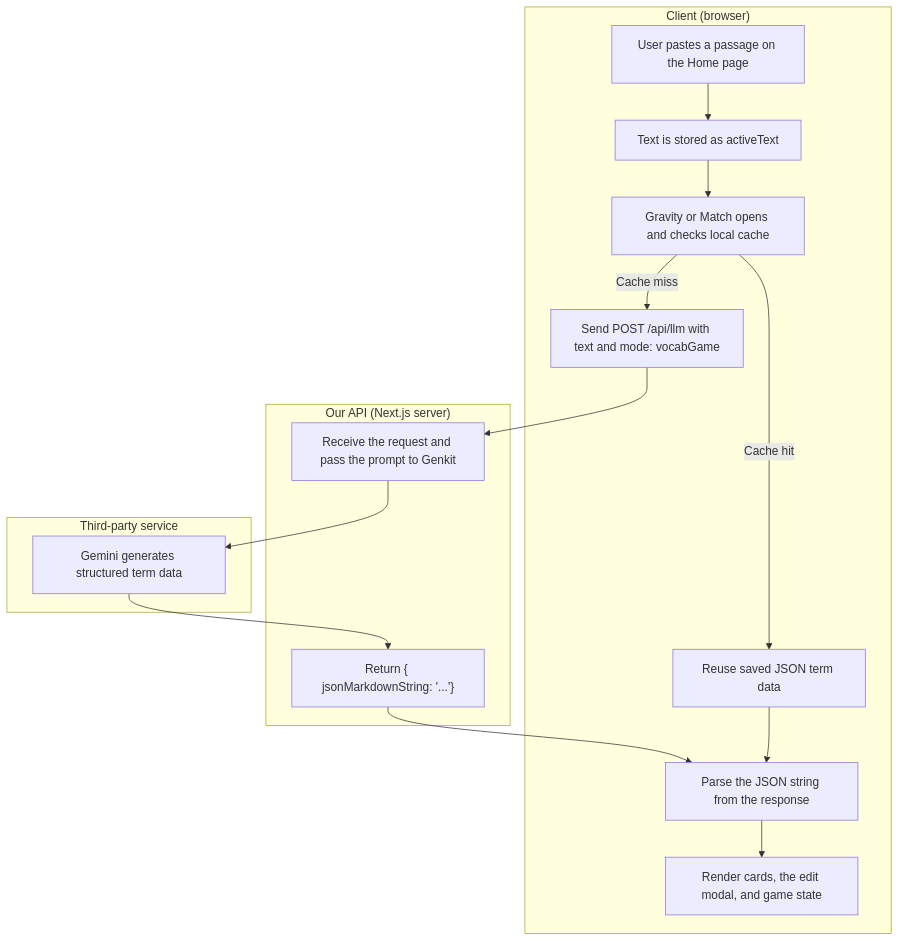
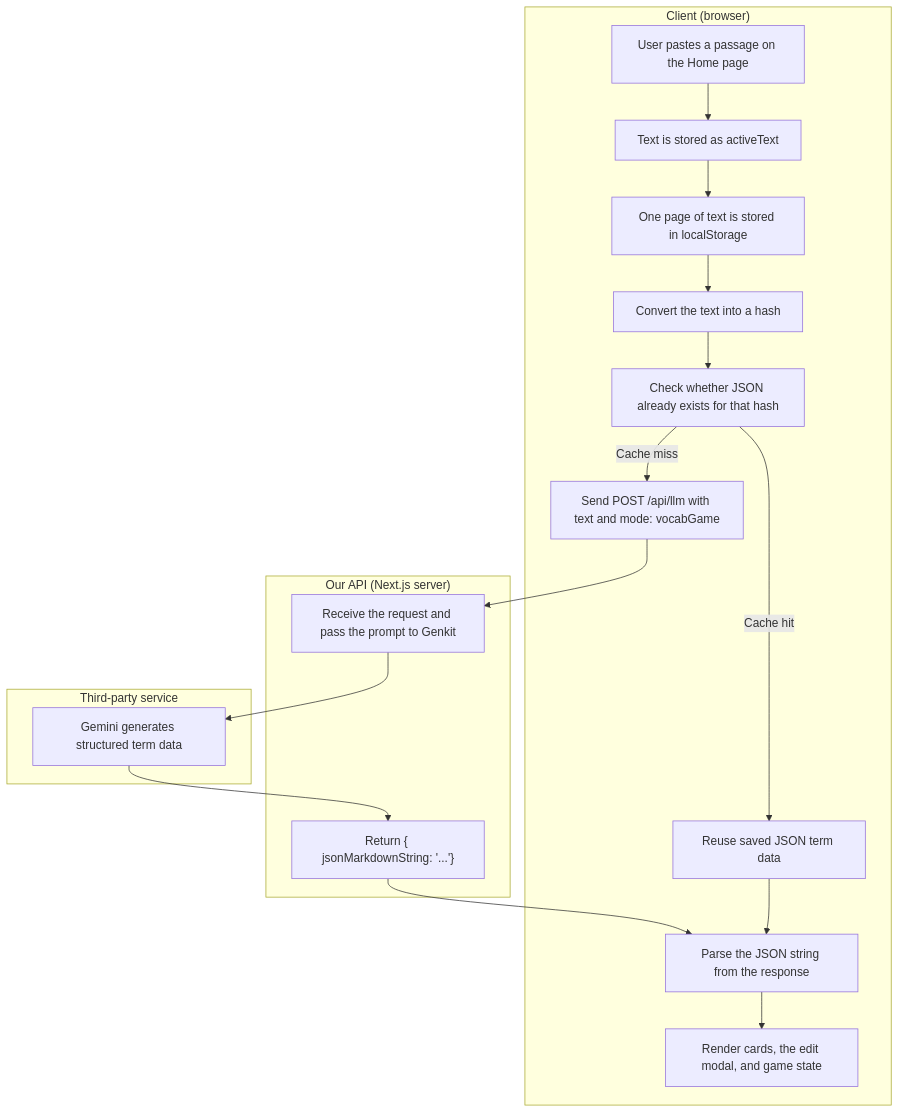
The first of 2 diagrams in docs/PRESENTATION_PLAN.md (tomPlus353/vocab-sheet-gen-ai), drawn with Mermaid before and after one commit. The commit also changed other lines of this file, not shown here.

Commit message:
[all] - Refine presentation flow diagram

````diff
--- a/docs/PRESENTATION_PLAN.md
+++ b/docs/PRESENTATION_PLAN.md
@@ -15,24 +15,26 @@
 ```mermaid
 flowchart TB
     subgraph C1["Client (browser)"]
         A["User pastes a passage on the Home page"] --> B["Text is stored as activeText"]
-        B --> C["Gravity or Match opens and checks local cache"]
-        C -->|Cache hit| H["Reuse saved JSON term data"]
-        C -->|Cache miss| D["Send POST /api/llm with text and mode: vocabGame"]
+        B --> C["One page of text is stored in localStorage"]
+        C --> D["Convert the text into a hash"]
+        D --> E["Check whether JSON already exists for that hash"]
+        E -->|Cache hit| H["Reuse saved JSON term data"]
+        E -->|Cache miss| F["Send POST /api/llm with text and mode: vocabGame"]
         I["Parse the JSON string from the response"]
         J["Render cards, the edit modal, and game state"]
     end
     subgraph S1["Our API (Next.js server)"]
-        E["Receive the request and pass the prompt to Genkit"]
-        G["Return { jsonMarkdownString: '...'}"]
+        G["Receive the request and pass the prompt to Genkit"]
+        I1["Return { jsonMarkdownString: '...'}"]
     end
     subgraph T1["Third-party service"]
-        F["Gemini generates structured term data"]
+        J1["Gemini generates structured term data"]
     end
-    D --> E
-    E --> F
     F --> G
-    G --> I
+    G --> J1
+    J1 --> I1
+    I1 --> I
     H --> I
     I --> J
 ```
````
